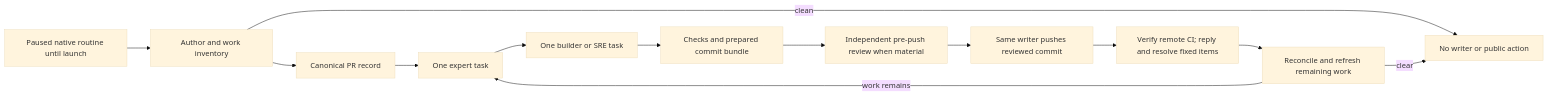
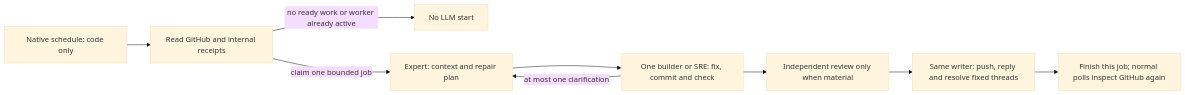
The diagram in projects/paperclip-pr-maintenance/dd.md (Zhachory1/docs), drawn with Mermaid (base theme) before and after one commit. The commit also changed other lines of this file, not shown here.

Commit message:
docs: simplify maintenance and gate idle LLM costs

````diff
--- a/projects/paperclip-pr-maintenance/dd.md
+++ b/projects/paperclip-pr-maintenance/dd.md
@@ -65,15 +30,11 @@
 ```mermaid
 flowchart LR
-    Tick["Paused native routine until launch"] --> Scan["Author and work inventory"]
-    Scan -->|clean| Idle["No writer or public action"]
-    Scan --> Ledger["Canonical PR record"]
-    Ledger --> Expert["One expert task"]
-    Expert --> Writer["One builder or SRE task"]
-    Writer --> Prepared["Checks and prepared commit bundle"]
-    Prepared --> Review["Independent pre-push review when material"]
-    Review --> Push["Same writer pushes reviewed commit"]
-    Push --> Follow["Verify remote CI; reply and resolve fixed items"]
-    Follow --> Fresh["Reconcile and refresh remaining work"]
-    Fresh -->|work remains| Expert
-    Fresh -->|clear| Idle
+    Poll["Native schedule: code only"] --> Check["Read GitHub and internal receipts"]
+    Check -->|no ready work or worker already active| Stop["No LLM start"]
+    Check -->|claim one bounded job| Expert["Expert: context and repair plan"]
+    Expert --> Writer["One builder or SRE: fix, commit and check"]
+    Writer --> Review["Independent review only when material"]
+    Review --> Publish["Same writer: push, reply and resolve fixed threads"]
+    Publish --> End["Finish this job; normal polls inspect GitHub again"]
+    Writer -->|at most one clarification| Expert
 ```
````
